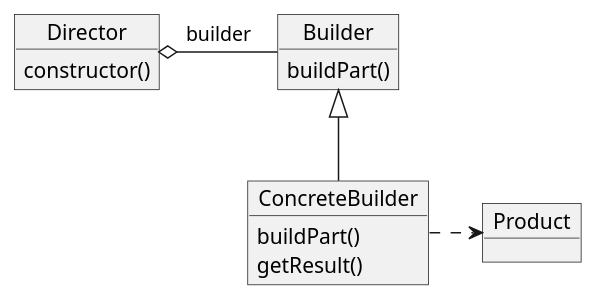
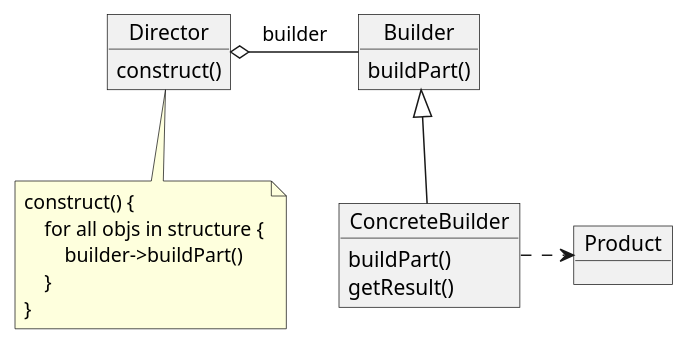
One commit to IceHe/icehe-lib changed the diagram in snips/books/design-patterns.md. Above: the diagram before and after it, drawn with PlantUML. The commit also changed other lines of this file and 1 other file, not shown here.

Commit message:
2020-05-25 21:42:14 Mon

````diff
--- a/snips/books/design-patterns.md
+++ b/snips/books/design-patterns.md
@@ -285,18 +287,27 @@
 ```plantuml
 @startuml
 object Director
 object Builder
 object ConcreteBuilder
 object Product
 
-Director : constructor()
+Director : construct()
 Builder : buildPart()
 ConcreteBuilder : buildPart()
 ConcreteBuilder : getResult()
 
 Director o- Builder : builder
 Builder <|-- ConcreteBuilder
 ConcreteBuilder .> Product
 
+note as N1
+construct() {
+    for all objs in structure {
+        builder->buildPart()
+    }
+}
+end note
+Director .. N1
+
 @enduml
 ```
````
